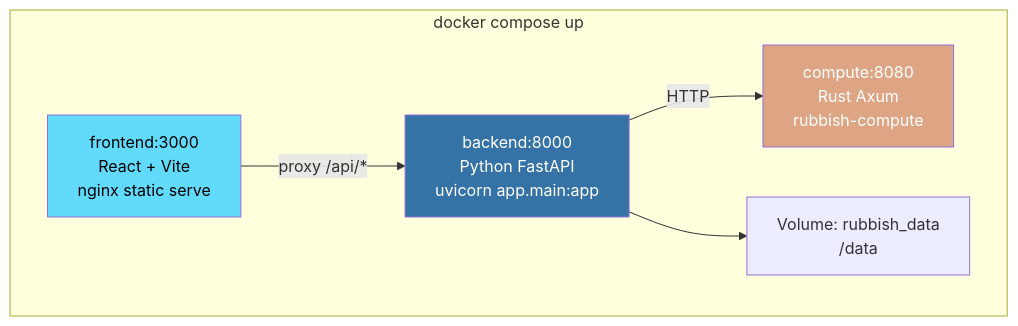
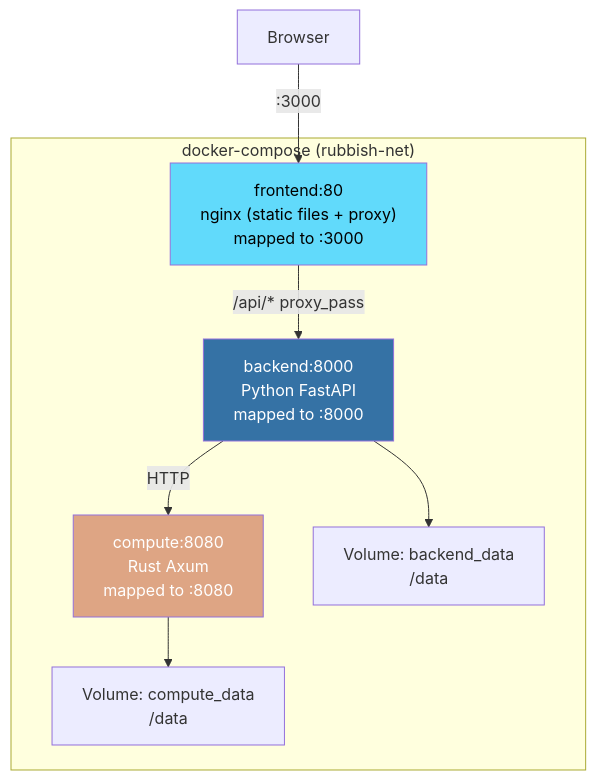
Before and after one commit to YV3507/rubbish: the diagram in docs/DEPLOYMENT.md, drawn with Mermaid. The commit also changed other lines of this file and 13 other files, not shown here.

````diff
--- a/docs/DEPLOYMENT.md
+++ b/docs/DEPLOYMENT.md
@@ -5,17 +5,20 @@
 ```mermaid
 graph TB
-    subgraph "docker compose up"
-        B["backend:8000<br/>Python FastAPI<br/>uvicorn app.main:app"]
-        C["compute:8080<br/>Rust Axum<br/>rubbish-compute"]
-        F["frontend:3000<br/>React + Vite<br/>nginx static serve"]
-        V["Volume: rubbish_data<br/>/data"]
+    subgraph "docker-compose (rubbish-net)"
+        F["frontend:80<br/>nginx (static files + proxy)<br/>mapped to :3000"]
+        B["backend:8000<br/>Python FastAPI<br/>mapped to :8000"]
+        C["compute:8080<br/>Rust Axum<br/>mapped to :8080"]
+        V_B["Volume: backend_data<br/>/data"]
+        V_C["Volume: compute_data<br/>/data"]
     end
 
+    USER["Browser"] -->|":3000"| F
+    F -->|"/api/*" proxy_pass| B
     B -->|HTTP| C
-    F -->|proxy /api/*| B
-    B --> V
+    B --> V_B
+    C --> V_C
 
     style B fill:#3572A5,color:#fff
     style C fill:#DEA584,color:#fff
     style F fill:#61DAFB,color:#000
 ```
````
